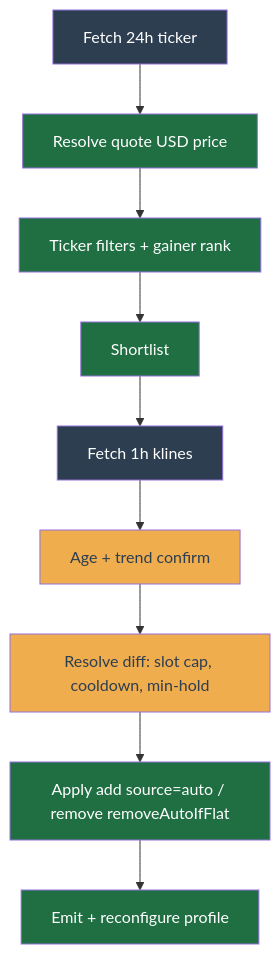
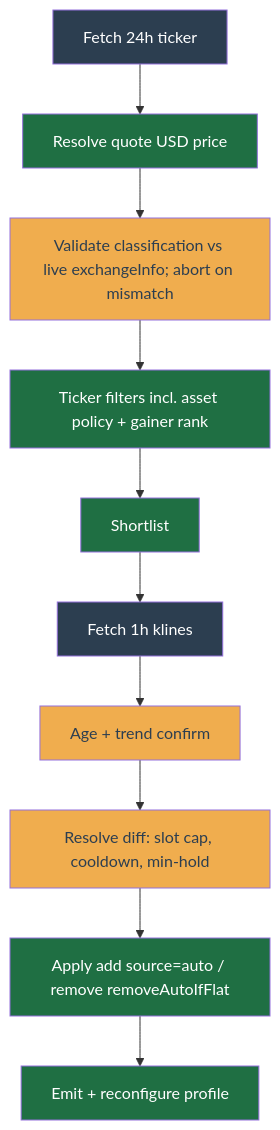
Before and after one commit to chrisleekr/binance-trading-bot: the diagram in docs/concepts/discovery.md, drawn with Mermaid. The commit also changed other lines of this file and 43 other files, not shown here.

````diff
--- a/docs/concepts/discovery.md
+++ b/docs/concepts/discovery.md
@@ -58,16 +58,17 @@
 ```mermaid
 flowchart TD
     Ticker["Fetch 24h ticker"]:::io --> QuotePrice["Resolve quote USD price"]:::core
-    QuotePrice --> Rank["Ticker filters + gainer rank"]:::core
+    QuotePrice --> Validate["Validate classification vs live exchangeInfo; abort on mismatch"]:::gate
+    Validate --> Rank["Ticker filters incl. asset policy + gainer rank"]:::core
     Rank --> Shortlist["Shortlist"]:::core
     Shortlist --> Klines["Fetch 1h klines"]:::io
     Klines --> Confirm["Age + trend confirm"]:::gate
     Confirm --> Resolve["Resolve diff: slot cap, cooldown, min-hold"]:::gate
     Resolve --> ApplyDiff["Apply add source=auto / remove removeAutoIfFlat"]:::act
     ApplyDiff --> Emit["Emit + reconfigure profile"]:::act
     classDef io fill:#2c3e50,color:#ffffff;
     classDef core fill:#1f6f43,color:#ffffff;
     classDef gate fill:#f0ad4e,color:#2c3e50;
     classDef act fill:#1f6f43,color:#ffffff;
     classDef wait fill:#ecf0f1,color:#2c3e50;
 ```
````
